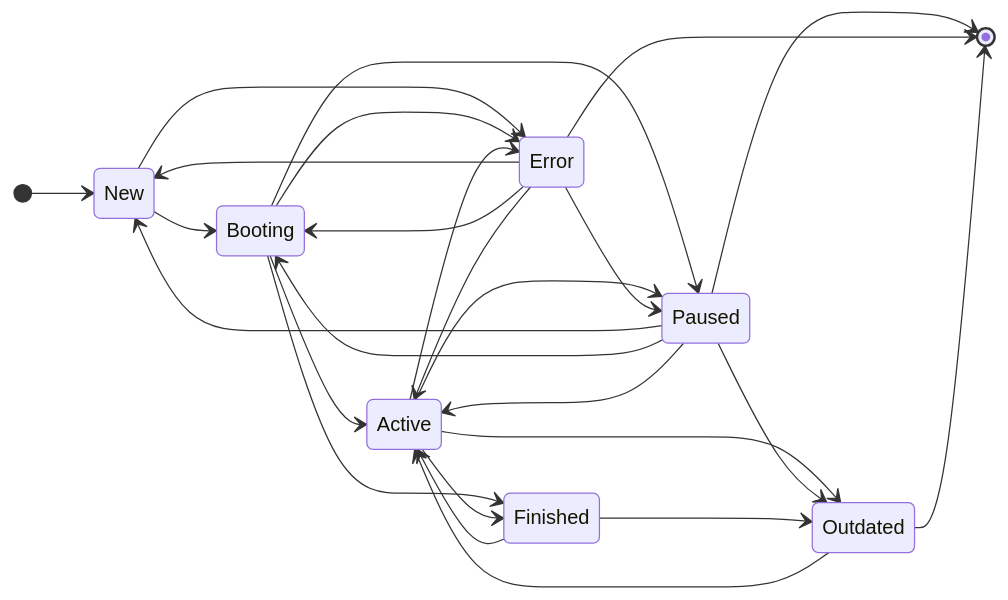
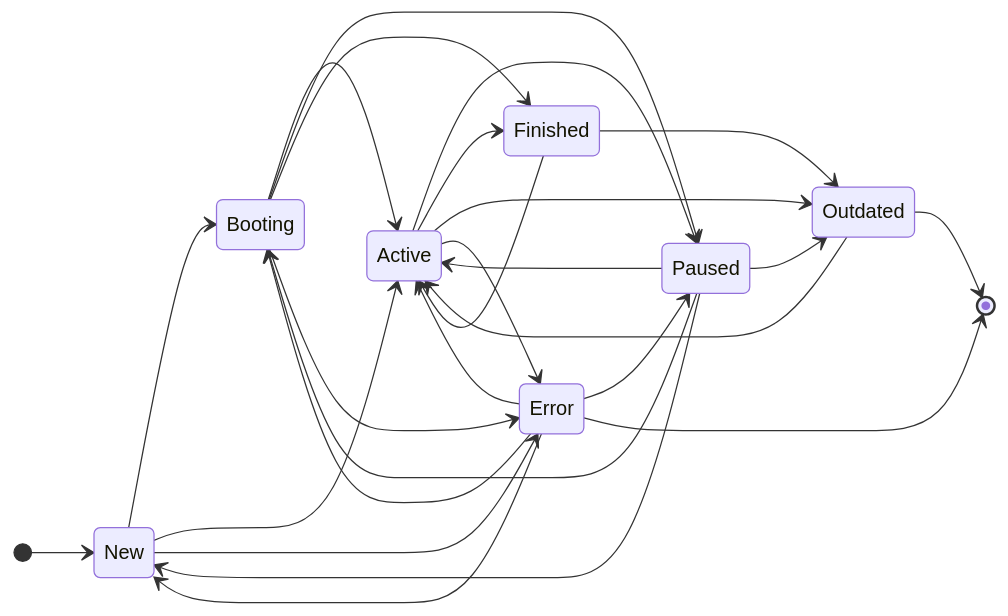
The diagram in docs/pages/subscription.md (patchlevel/event-sourcing), drawn with Mermaid before and after one commit. The commit also changed other lines of this file and 2 other files, not shown here.

````diff
--- a/docs/pages/subscription.md
+++ b/docs/pages/subscription.md
@@ -380,29 +380,29 @@
 ``` mermaid
 stateDiagram-v2
     direction LR
     [*] --> New
     New --> Booting
+    New --> Active
     New --> Error
     Booting --> Active
     Booting --> Paused
     Booting --> Finished
     Booting --> Error
     Active --> Paused
     Active --> Finished
     Active --> Outdated
     Active --> Error
     Paused --> New
     Paused --> Booting
     Paused --> Active
     Paused --> Outdated
-    Paused --> [*]
     Finished --> Active
     Finished --> Outdated
     Error --> New
     Error --> Booting
     Error --> Active
     Error --> Paused
     Error --> [*]
     Outdated --> Active
     Outdated --> [*]
 ```
````
